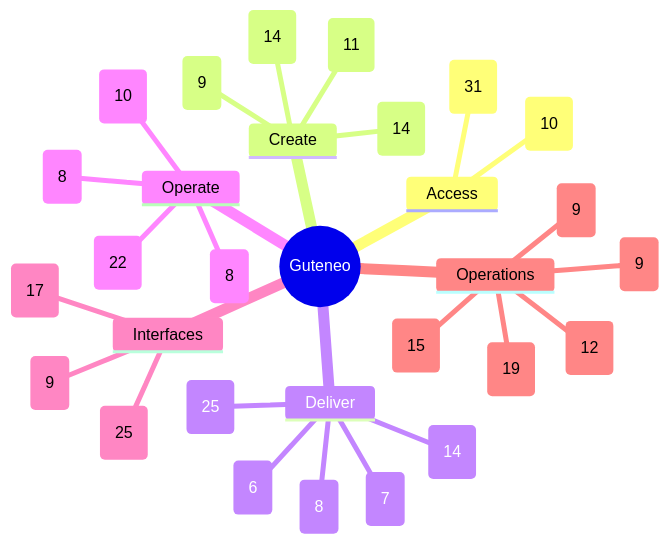
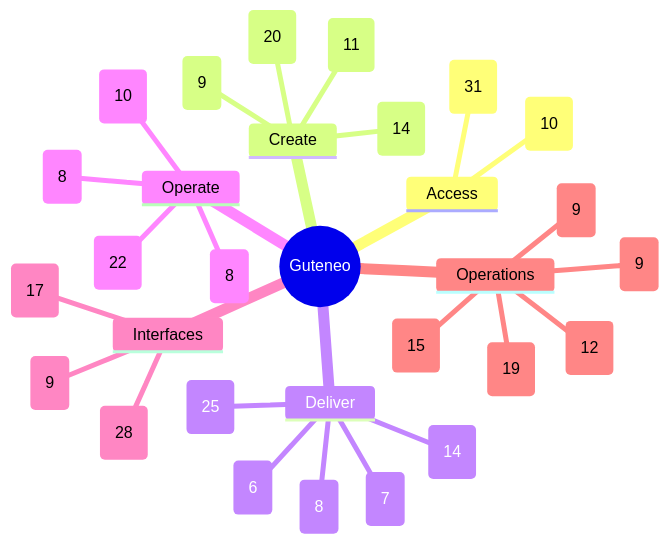
The diagram in docs/FEATURE_MAP.md (nclsppr/guteneo), drawn with Mermaid before and after one commit. The commit also changed other lines of this file and 86 other files, not shown here.

````diff
--- a/docs/FEATURE_MAP.md
+++ b/docs/FEATURE_MAP.md
@@ -13,33 +13,33 @@
 ```mermaid
 mindmap
   root((Guteneo))
     Access
       Access and identity (31)
       Team and responsibilities (10)
     Create
-      Documents and protection (14)
+      Documents and protection (20)
       Template studio (14)
       Data and mappings (9)
       PDF generation and distribution (11)
     Deliver
       Fax (6)
       Postal mail (8)
       Email and protected links (14)
       Sensitive distribution and personal documents (25)
       Dispatch dry run (7)
     Operate
       Campaigns and tracking (8)
       Credits and billing (8)
       Workspace layout and browser appearance (22)
       PDF verification (10)
     Interfaces
-      Assistants and API (25)
+      Assistants and API (28)
       iPhone and iPad (9)
       Public pages, languages and appearance (17)
     Operations
       Reviewer OAuth qualification (9)
       Operations and reliability (19)
       Belvédère platform oversight (9)
       Public service status (15)
       Engineering documentation (12)
 ```
````
